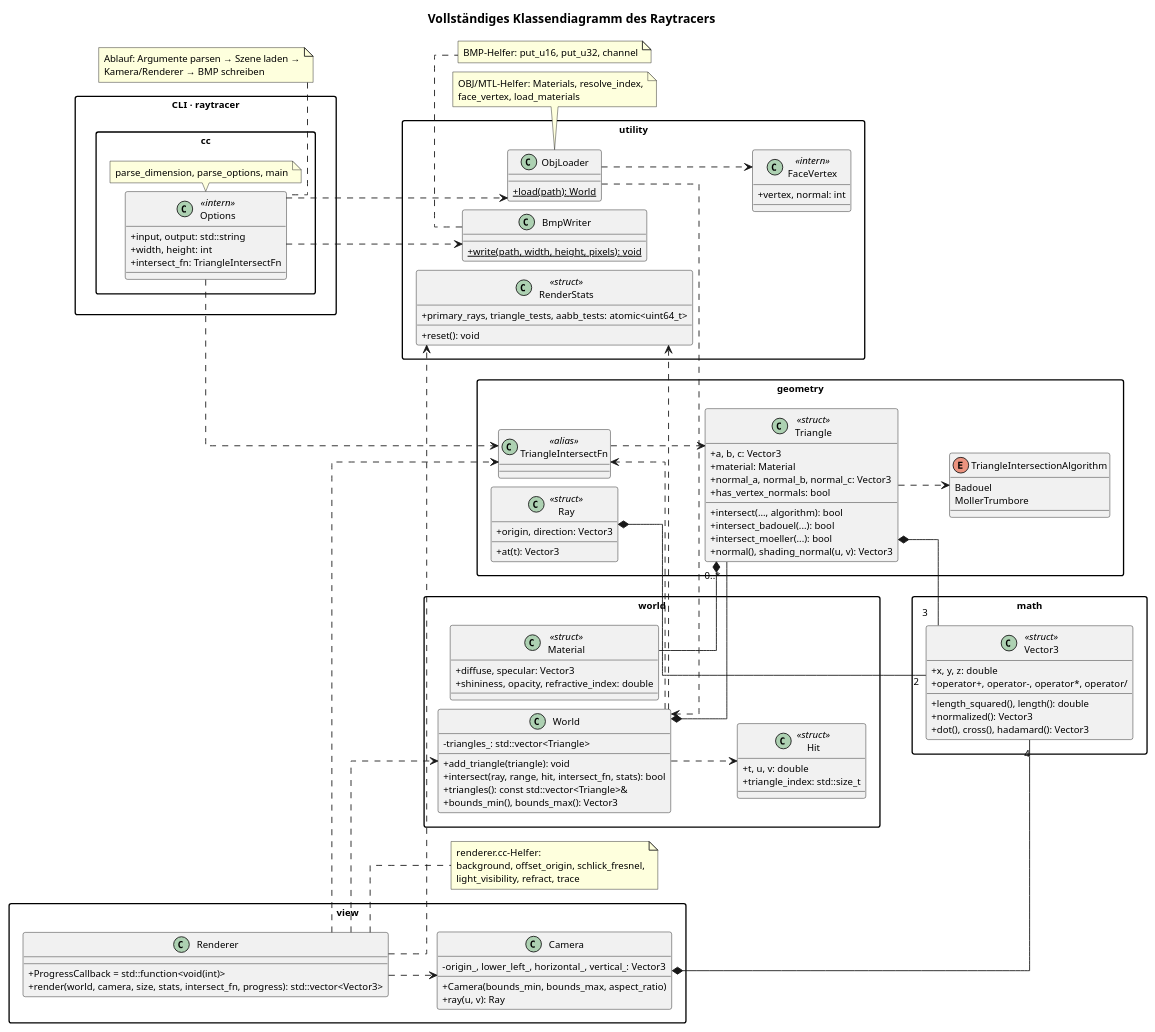
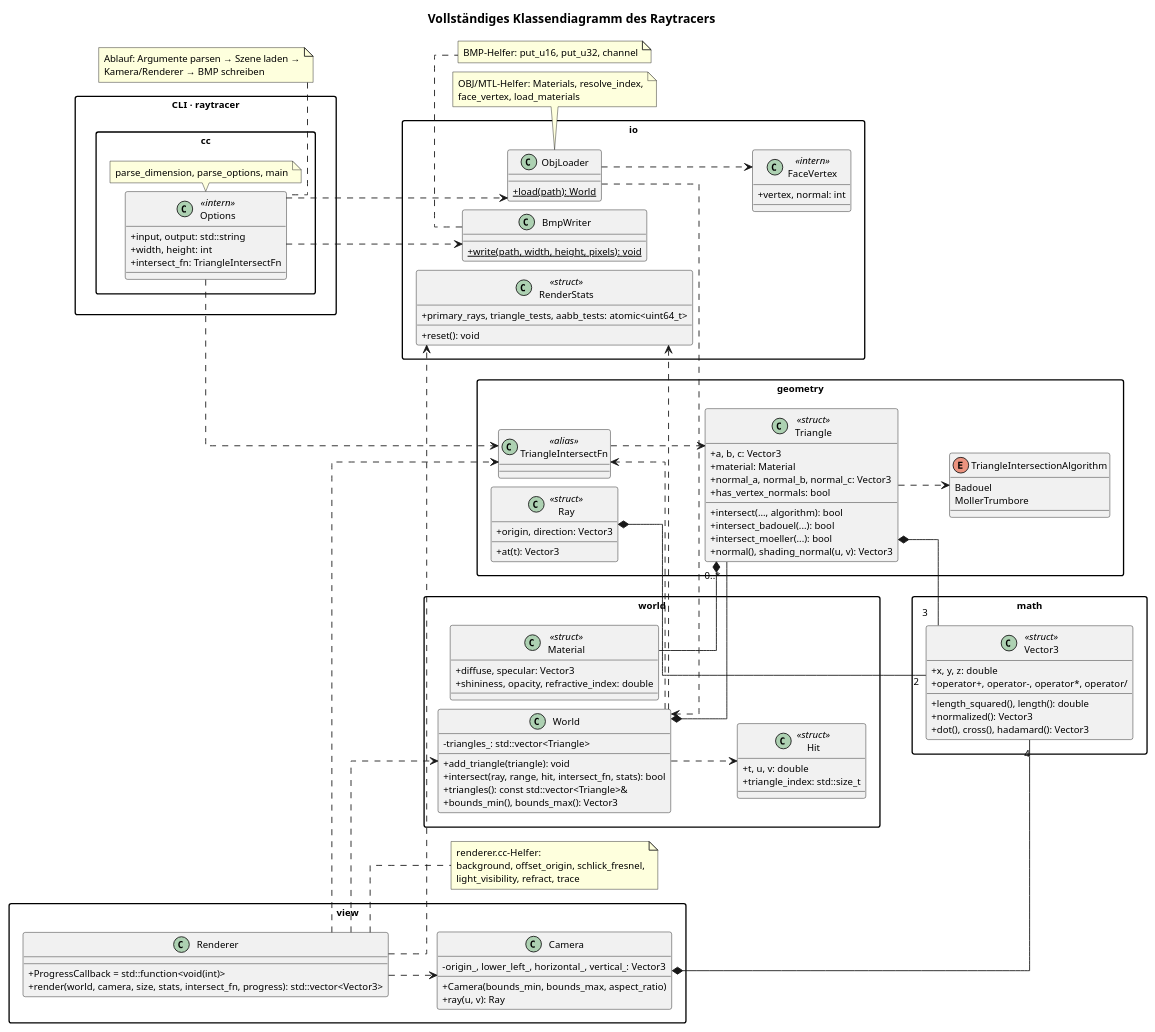
Before and after one commit to matteokosina/raytracer: the diagram in paper/class-diagram-complete.puml, drawn with PlantUML. The commit also changed 18 other files, not shown here.

Commit message:
refactor: rename utility package to io across code and diagrams

```diff
--- a/paper/class-diagram-complete.puml
+++ b/paper/class-diagram-complete.puml
@@ -1,144 +1,144 @@
 @startuml
 title Vollständiges Klassendiagramm des Raytracers
 
 left to right direction
 skinparam backgroundColor white
 skinparam shadowing false
 skinparam classAttributeIconSize 0
 skinparam packageStyle rectangle
 skinparam linetype ortho
 skinparam nodesep 10
 skinparam ranksep 14
 skinparam defaultFontName "Helvetica"
 skinparam defaultFontSize 11
 
 package "CLI · raytracer.cc" {
   class Options <<intern>> {
     +input, output: std::string
     +width, height: int
     +intersect_fn: TriangleIntersectFn
   }
   note bottom of Options
     parse_dimension, parse_options, main
   end note
 }
 
 package "math" {
   class Vector3 <<struct>> {
     +x, y, z: double
     +length_squared(), length(): double
     +normalized(): Vector3
     +dot(), cross(), hadamard(): Vector3
     +operator+, operator-, operator*, operator/
   }
 }
 
 package "geometry" {
   class Ray <<struct>> {
     +origin, direction: Vector3
     +at(t): Vector3
   }
   enum TriangleIntersectionAlgorithm {
     Badouel
     MollerTrumbore
   }
   class Triangle <<struct>> {
     +a, b, c: Vector3
     +material: Material
     +normal_a, normal_b, normal_c: Vector3
     +has_vertex_normals: bool
     +intersect(..., algorithm): bool
     +intersect_badouel(...): bool
     +intersect_moeller(...): bool
     +normal(), shading_normal(u, v): Vector3
   }
   class TriangleIntersectFn <<alias>>
 }
 
 package "world" {
   class Material <<struct>> {
     +diffuse, specular: Vector3
     +shininess, opacity, refractive_index: double
   }
   class Hit <<struct>> {
     +t, u, v: double
     +triangle_index: std::size_t
   }
   class World {
     -triangles_: std::vector<Triangle>
     +add_triangle(triangle): void
     +intersect(ray, range, hit, intersect_fn, stats): bool
     +triangles(): const std::vector<Triangle>&
     +bounds_min(), bounds_max(): Vector3
   }
 }
 
 package "view" {
   class Camera {
     -origin_, lower_left_, horizontal_, vertical_: Vector3
     +Camera(bounds_min, bounds_max, aspect_ratio)
     +ray(u, v): Ray
   }
   class Renderer {
     +ProgressCallback = std::function<void(int)>
     +render(world, camera, size, stats, intersect_fn, progress): std::vector<Vector3>
   }
 }
 
-package "utility" {
+package "io" {
   class RenderStats <<struct>> {
     +primary_rays, triangle_tests, aabb_tests: atomic<uint64_t>
     +reset(): void
   }
   class ObjLoader {
     +{static} load(path): World
   }
   class FaceVertex <<intern>> {
     +vertex, normal: int
   }
   class BmpWriter {
     +{static} write(path, width, height, pixels): void
   }
 }
 
 note right of Renderer
   renderer.cc-Helfer:
   background, offset_origin, schlick_fresnel,
   light_visibility, refract, trace
 end note
 
 note bottom of ObjLoader
   OBJ/MTL-Helfer: Materials, resolve_index,
   face_vertex, load_materials
 end note
 
 note bottom of BmpWriter
   BMP-Helfer: put_u16, put_u32, channel
 end note
 
 note top of Options
   Ablauf: Argumente parsen → Szene laden →
   Kamera/Renderer → BMP schreiben
 end note
 
 Ray *-- "2" Vector3
 Triangle *-- "3" Vector3
 Triangle *-- Material
 Triangle ..> TriangleIntersectionAlgorithm
 TriangleIntersectFn ..> Triangle
 World *-- "0..*" Triangle
 World ..> Hit
 World ..> RenderStats
 World ..> TriangleIntersectFn
 Camera *-- "4" Vector3
 Renderer ..> Camera
 Renderer ..> World
 Renderer ..> RenderStats
 Renderer ..> TriangleIntersectFn
 ObjLoader ..> FaceVertex
 ObjLoader ..> World
 Options ..> ObjLoader
 Options ..> BmpWriter
 Options ..> TriangleIntersectFn
 
 @enduml
```
